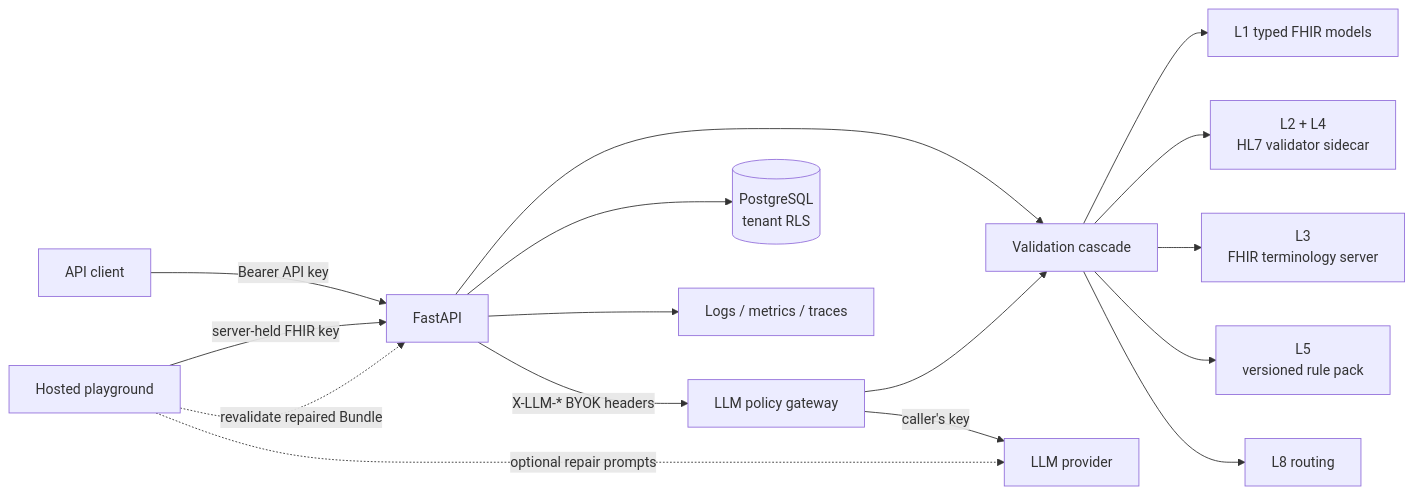
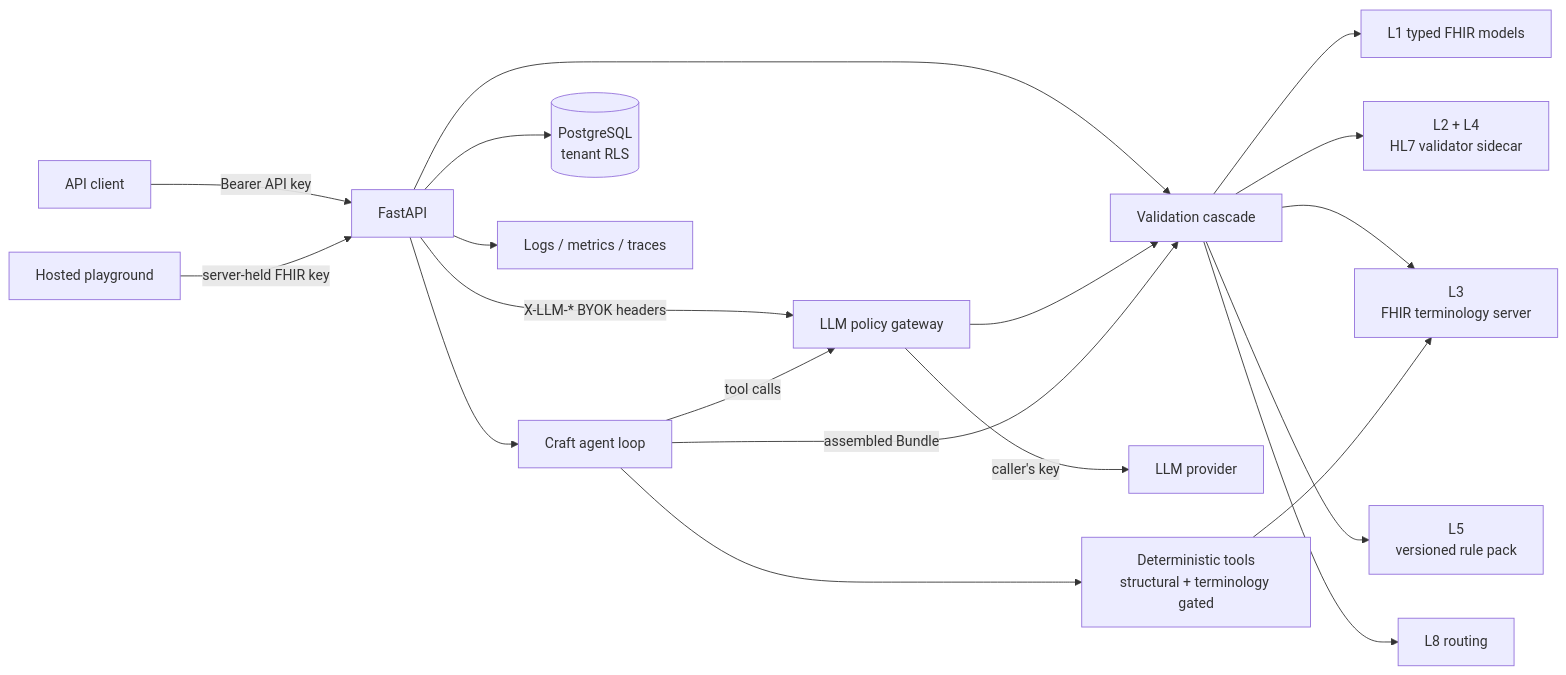
One commit to Safwanmahmoud/FHIR-At-Will changed the diagram in README.md. Above: the diagram before and after it, drawn with Mermaid. The commit also changed other lines of this file and 16 other files, not shown here.

````diff
--- a/README.md
+++ b/README.md
@@ -109,22 +107,25 @@
 ```mermaid
 flowchart LR
     Client[API client] -->|Bearer API key| API[FastAPI]
     Playground[Hosted playground] -->|server-held FHIR key| API
 
     API --> Cascade[Validation cascade]
     Cascade --> Models[L1 typed FHIR models]
     Cascade --> Validator[L2 + L4<br>HL7 validator sidecar]
     Cascade --> Terminology[L3<br>FHIR terminology server]
     Cascade --> Rules[L5<br>versioned rule pack]
     Cascade --> Routing[L8 routing]
 
     API -->|X-LLM-* BYOK headers| Gateway[LLM policy gateway]
     Gateway -->|caller's key| Provider[LLM provider]
     Gateway --> Cascade
 
-    Playground -. optional repair prompts .-> Provider
-    Playground -. revalidate repaired Bundle .-> API
+    API --> Agent[Craft agent loop]
+    Agent -->|tool calls| Gateway
+    Agent --> Tools[Deterministic tools<br>structural + terminology gated]
+    Tools --> Terminology
+    Agent -->|assembled Bundle| Cascade
 
     API --> DB[(PostgreSQL<br>tenant RLS)]
     API --> Observability[Logs / metrics / traces]
 ```
````
